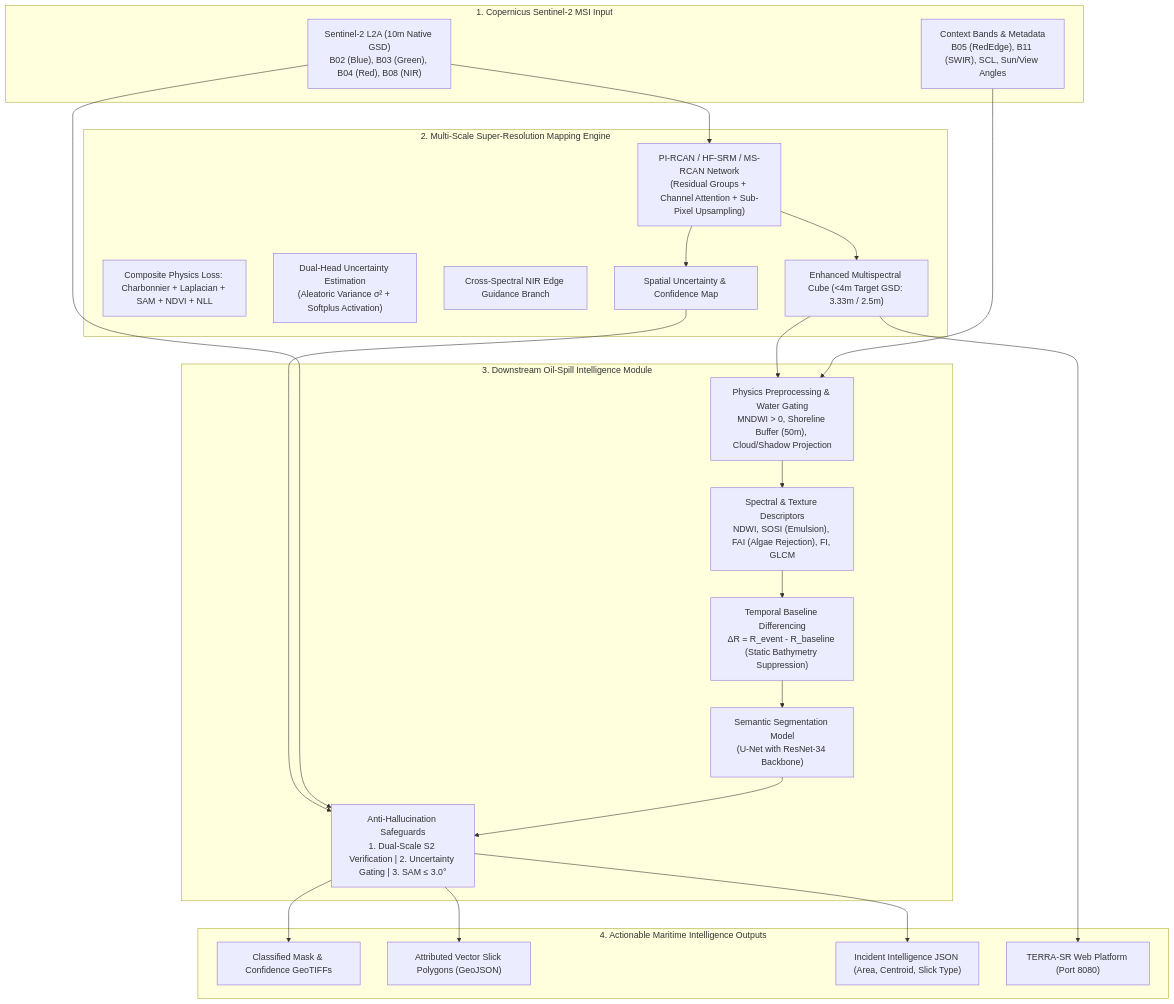
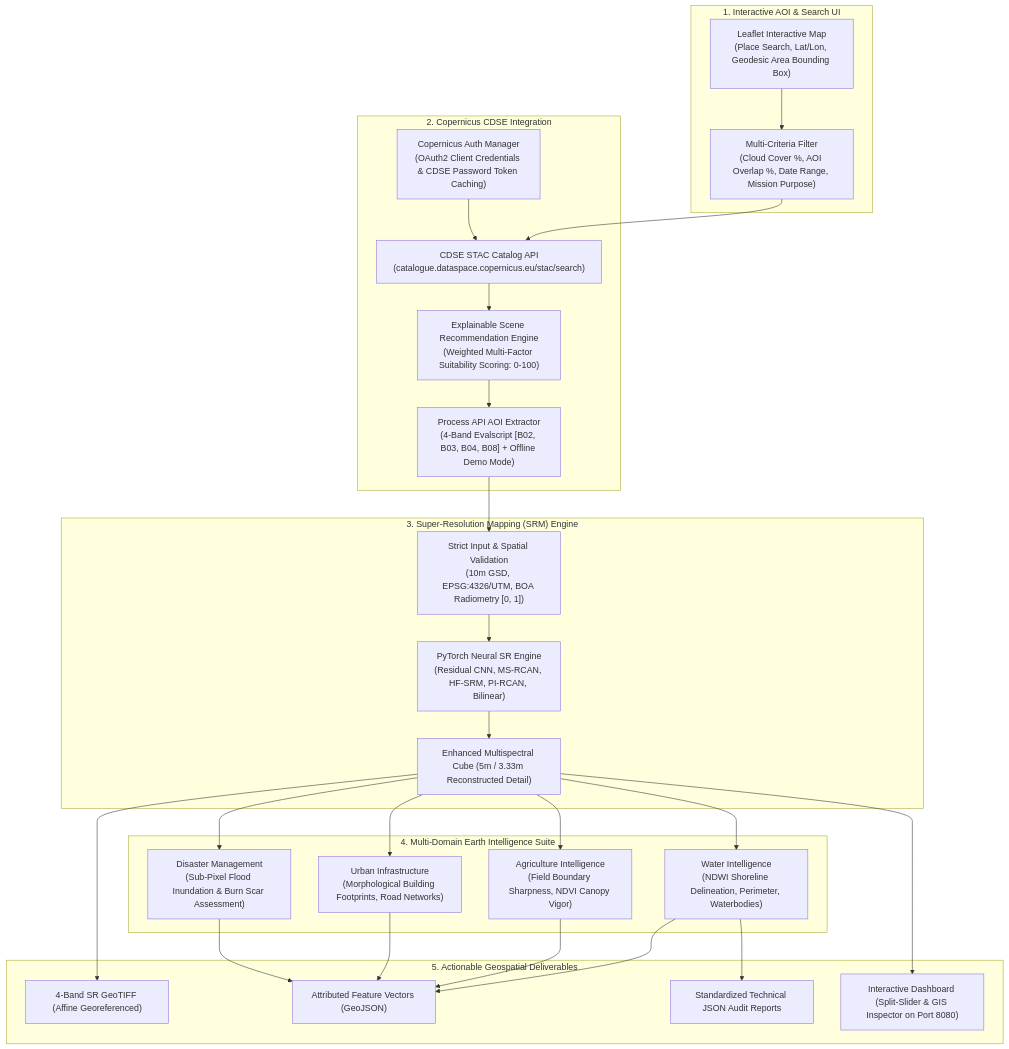
Before and after one commit to DINI61623/TERRA-SR: the diagram in README.md, drawn with Mermaid. The commit also changed other lines of this file and 36 other files, not shown here.

````diff
--- a/README.md
+++ b/README.md
@@ -16,45 +17,54 @@
 ```mermaid
 graph TD
-    subgraph S2_Input ["1. Copernicus Sentinel-2 MSI Input"]
-        S2_10m["Sentinel-2 L2A (10m Native GSD)<br>B02 (Blue), B03 (Green), B04 (Red), B08 (NIR)"]
-        S2_Aux["Context Bands & Metadata<br>B05 (RedEdge), B11 (SWIR), SCL, Sun/View Angles"]
+    subgraph UI_AOI ["1. Interactive AOI & Search UI"]
+        Map["Leaflet Interactive Map<br>(Place Search, Lat/Lon, Geodesic Area Bounding Box)"]
+        Filters["Multi-Criteria Filter<br>(Cloud Cover %, AOI Overlap %, Date Range, Mission Purpose)"]
     end
 
-    subgraph SRM_Engine ["2. Multi-Scale Super-Resolution Mapping Engine"]
-        SRM_Model["PI-RCAN / HF-SRM / MS-RCAN Network<br>(Residual Groups + Channel Attention + Sub-Pixel Upsampling)"]
-        Loss_Comp["Composite Physics Loss: Charbonnier + Laplacian + SAM + NDVI + NLL"]
-        UQ_Head["Dual-Head Uncertainty Estimation<br>(Aleatoric Variance σ² + Softplus Activation)"]
-        NIR_Guide["Cross-Spectral NIR Edge Guidance Branch"]
-        SRM_Model --> Enhanced_Cube["Enhanced Multispectral Cube (<4m Target GSD: 3.33m / 2.5m)"]
-        SRM_Model --> UQ_Map["Spatial Uncertainty & Confidence Map"]
+    subgraph CDSE_Catalog ["2. Copernicus CDSE Integration"]
+        Auth["Copernicus Auth Manager<br>(OAuth2 Client Credentials & CDSE Password Token Caching)"]
+        STAC["CDSE STAC Catalog API<br>(catalogue.dataspace.copernicus.eu/stac/search)"]
+        Ranker["Explainable Scene Recommendation Engine<br>(Weighted Multi-Factor Suitability Scoring: 0-100)"]
+        ProcessAPI["Process API AOI Extractor<br>(4-Band Evalscript [B02, B03, B04, B08] + Offline Demo Mode)"]
     end
 
-    subgraph Downstream_OSI ["3. Downstream Oil-Spill Intelligence Module"]
-        Gating["Physics Preprocessing & Water Gating<br>MNDWI > 0, Shoreline Buffer (50m), Cloud/Shadow Projection"]
-        Indices["Spectral & Texture Descriptors<br>NDWI, SOSI (Emulsion), FAI (Algae Rejection), FI, GLCM"]
-        TempDiff["Temporal Baseline Differencing<br>ΔR = R_event - R_baseline (Static Bathymetry Suppression)"]
-        UNet["Semantic Segmentation Model<br>(U-Net with ResNet-34 Backbone)"]
-        AntiHal["Anti-Hallucination Safeguards<br>1. Dual-Scale S2 Verification | 2. Uncertainty Gating | 3. SAM ≤ 3.0°"]
+    subgraph SRM_Engine ["3. Super-Resolution Mapping (SRM) Engine"]
+        SRM_Model["PyTorch Neural SR Engine<br>(Residual CNN, MS-RCAN, HF-SRM, PI-RCAN, Bilinear)"]
+        QC["Strict Input & Spatial Validation<br>(10m GSD, EPSG:4326/UTM, BOA Radiometry [0, 1])"]
+        Enhanced_Cube["Enhanced Multispectral Cube (5m / 3.33m Reconstructed Detail)"]
     end
 
-    subgraph GIS_Export ["4. Actionable Maritime Intelligence Outputs"]
-        GeoTIFF["Classified Mask & Confidence GeoTIFFs"]
-        VectorGIS["Attributed Vector Slick Polygons (GeoJSON)"]
-        Summary["Incident Intelligence JSON (Area, Centroid, Slick Type)"]
-        WebUI["TERRA-SR Web Platform (Port 8080)"]
+    subgraph Earth_Intel ["4. Multi-Domain Earth Intelligence Suite"]
+        Water["Water Intelligence<br>(NDWI Shoreline Delineation, Perimeter, Waterbodies)"]
+        Agri["Agriculture Intelligence<br>(Field Boundary Sharpness, NDVI Canopy Vigor)"]
+        Urban["Urban Infrastructure<br>(Morphological Building Footprints, Road Networks)"]
+        Disaster["Disaster Management<br>(Sub-Pixel Flood Inundation & Burn Scar Assessment)"]
     end
 
-    S2_10m --> SRM_Model
-    Enhanced_Cube --> Gating
-    S2_Aux --> Gating
-    Gating --> Indices
-    Indices --> TempDiff
-    TempDiff --> UNet
-    UQ_Map --> AntiHal
-    S2_10m --> AntiHal
-    UNet --> AntiHal
-    AntiHal --> GeoTIFF
-    AntiHal --> VectorGIS
-    AntiHal --> Summary
+    subgraph Deliverables ["5. Actionable Geospatial Deliverables"]
+        GeoTIFF["4-Band SR GeoTIFF (Affine Georeferenced)"]
+        GeoJSON["Attributed Feature Vectors (GeoJSON)"]
+        Reports["Standardized Technical JSON Audit Reports"]
+        WebUI["Interactive Dashboard (Split-Slider & GIS Inspector on Port 8080)"]
+    end
+
+    Map --> Filters
+    Filters --> STAC
+    Auth --> STAC
+    STAC --> Ranker
+    Ranker --> ProcessAPI
+    ProcessAPI --> QC
+    QC --> SRM_Model
+    SRM_Model --> Enhanced_Cube
+    Enhanced_Cube --> Water
+    Enhanced_Cube --> Agri
+    Enhanced_Cube --> Urban
+    Enhanced_Cube --> Disaster
+    Enhanced_Cube --> GeoTIFF
+    Water --> GeoJSON
+    Agri --> GeoJSON
+    Urban --> GeoJSON
+    Disaster --> GeoJSON
+    Water --> Reports
     Enhanced_Cube --> WebUI
 ```
````
